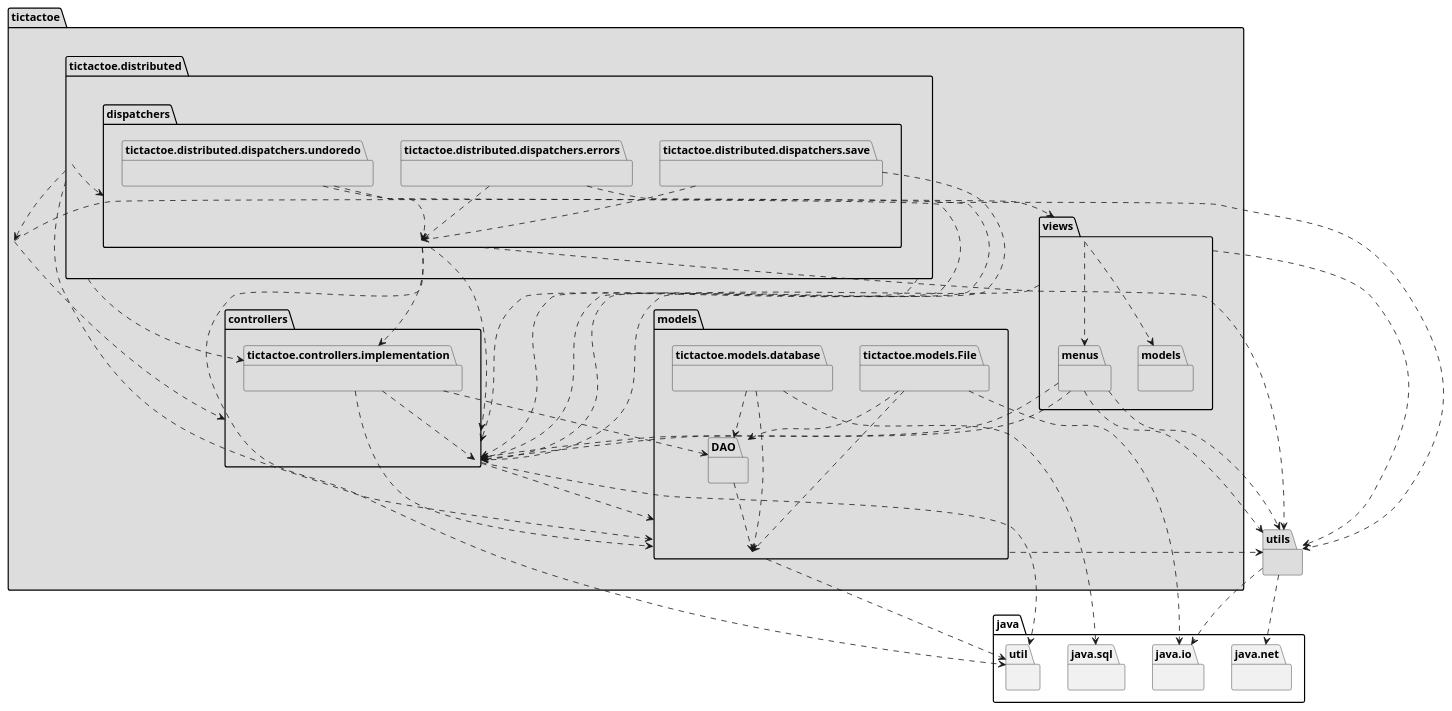
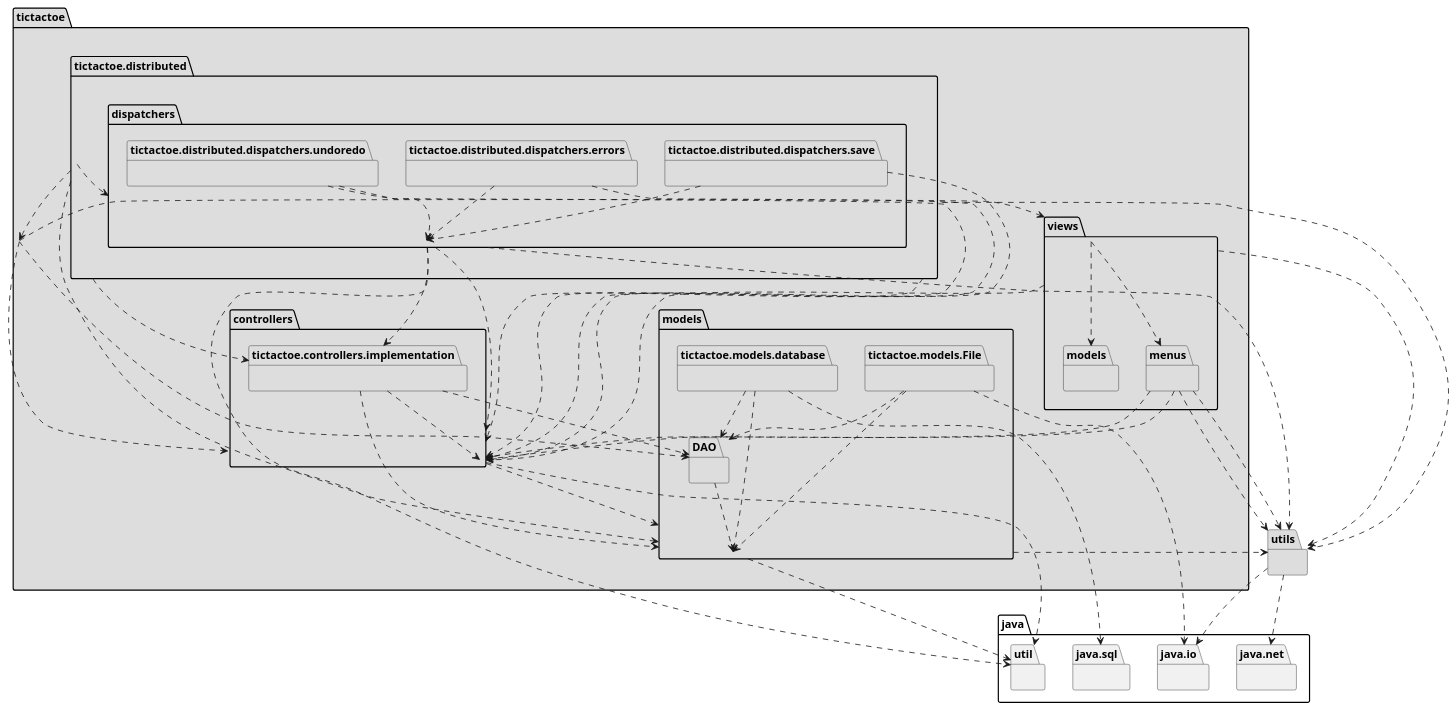
Before and after one commit to x-USantaTecla-game-ticTacToe/java: the first of 6 diagrams in docs/src/docs/asciidoc/index.adoc, drawn with PlantUML. The commit also changed other lines of this file and 36 other files, not shown here.

```diff
--- a/docs/src/docs/asciidoc/index.adoc
+++ b/docs/src/docs/asciidoc/index.adoc
@@ -34,83 +34,84 @@
-[plantuml,arquitecturaVersion13,svg]
+[plantuml,arquitecturaVersion14,svg]
 ....
 
 package tictactoe #DDDDDD { } 
 tictactoe .down.> tictactoe.views
 tictactoe .down.> tictactoe.controllers
+tictactoe .down.> tictactoe.models.DAO
 
 package tictactoe.controllers #DDDDDD { } 
 tictactoe.controllers .down.> tictactoe.models
 tictactoe.controllers .down.> java.util
 
 package tictactoe.controllers.implementation #DDDDDD { } 
 tictactoe.controllers.implementation .down.> tictactoe.controllers
 tictactoe.controllers.implementation .down.> tictactoe.models
 tictactoe.controllers.implementation .down.> tictactoe.models.DAO
 
 package tictactoe.distributed #DDDDDD { } 
 tictactoe.distributed .down.> tictactoe.distributed.dispatchers
 tictactoe.distributed .down.> tictactoe.controllers.implementation
 tictactoe.distributed .down.> tictactoe
 tictactoe.distributed .down.> tictactoe.models
 tictactoe.distributed .down.> tictactoe.controllers
 tictactoe.distributed .down.> utils
 
 package tictactoe.distributed.dispatchers #DDDDDD { } 
 tictactoe.distributed.dispatchers .down.> tictactoe.controllers
 tictactoe.distributed.dispatchers .down.> tictactoe.controllers.implementation
 tictactoe.distributed.dispatchers .down.> utils
 tictactoe.distributed.dispatchers .down.> java.util
 
 package tictactoe.distributed.dispatchers.errors #DDDDDD { } 
 tictactoe.distributed.dispatchers.errors .down.> tictactoe.distributed.dispatchers
 tictactoe.distributed.dispatchers.errors .down.> tictactoe.controllers
 
 package tictactoe.distributed.dispatchers.save #DDDDDD { } 
 tictactoe.distributed.dispatchers.save .down.> tictactoe.distributed.dispatchers
 tictactoe.distributed.dispatchers.save .down.> tictactoe.controllers
 
 package tictactoe.distributed.dispatchers.undoredo #DDDDDD { } 
 tictactoe.distributed.dispatchers.undoredo .down.> tictactoe.distributed.dispatchers
 tictactoe.distributed.dispatchers.undoredo .down.> tictactoe.controllers
 
 package tictactoe.models #DDDDDD { }
 package java.util{ }
 tictactoe.models .down.> java.util
 tictactoe.models .down.> utils
 
 package tictactoe.models.DAO #DDDDDD { }
 tictactoe.models.DAO .down.> tictactoe.models
 
 package tictactoe.models.database #DDDDDD { }
 package java.sql{ }
 tictactoe.models.database .down.> tictactoe.models
 tictactoe.models.database .down.> tictactoe.models.DAO
 tictactoe.models.database .down.> java.sql
 
 package tictactoe.models.File #DDDDDD { }
 package java.io{ }
 tictactoe.models.File .down.> tictactoe.models
 tictactoe.models.File .down.> tictactoe.models.DAO
 tictactoe.models.File .down.> java.io
 
 package utils #DDDDDD { } 
 package java.io{ }
 utils .down.> java.io
 package java.net{ }
 utils .down.> java.net
 
 package tictactoe.views #DDDDDD { } 
 tictactoe.views .down.> tictactoe.controllers
 tictactoe.views .down.> utils
 tictactoe.views ..> tictactoe.views.menus
 tictactoe.views ..> tictactoe.views.models
 
 package tictactoe.views.menus #DDDDDD { } 
 tictactoe.views.menus .down.> tictactoe.controllers
 tictactoe.views.menus .down.> utils
 
 package tictactoe.views.models #DDDDDD { } 
 tictactoe.views.menus .down.> tictactoe.controllers
 tictactoe.views.menus .down.> utils
 
 ....
```
